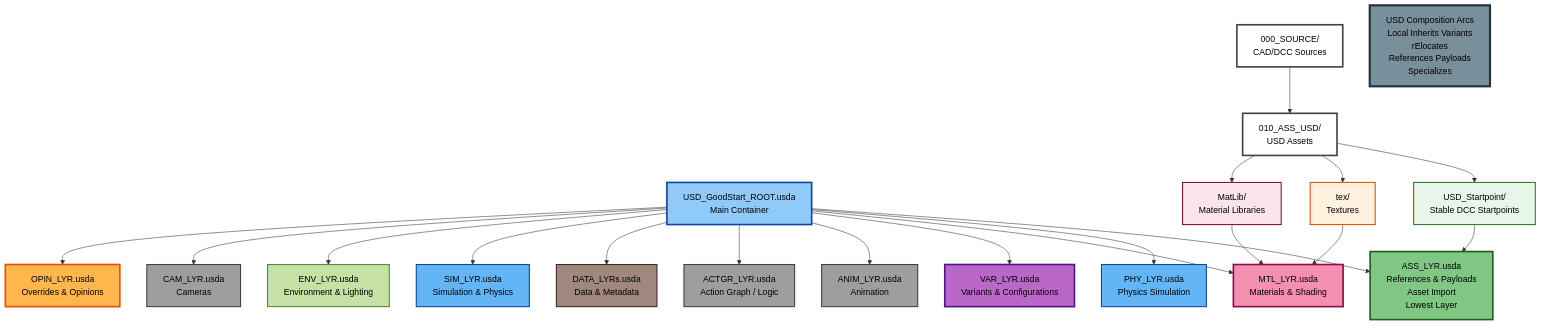
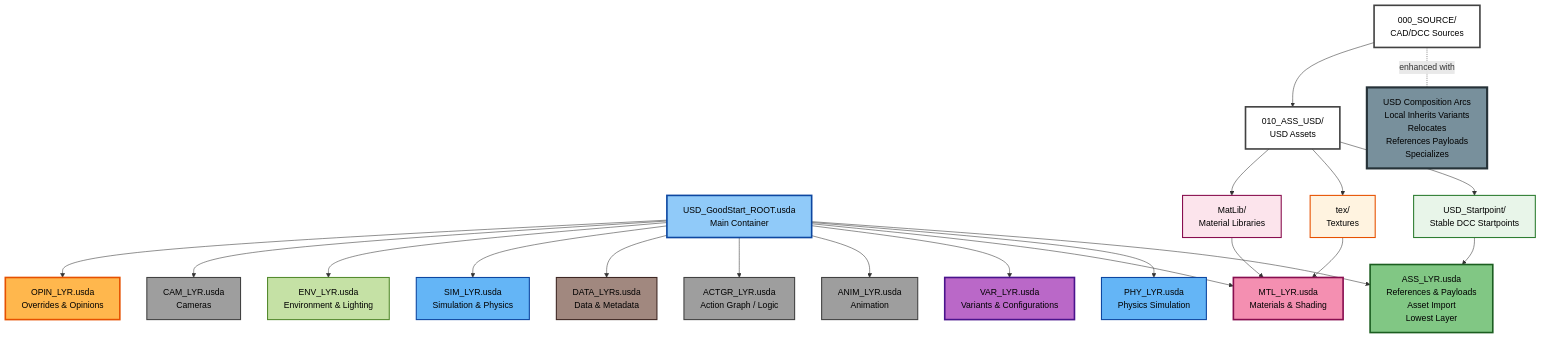
Before and after one commit to jph2/USD_GoodStart: the diagram in README.md, drawn with Mermaid.

Commit message:
fix(README): connect Composition node in Mermaid diagram for GitHub rendering
- Connect orphan Composition node to Source (fixes GitHub render failure)
- Fix typo: rElocates -> Relocates

````diff
--- a/README.md
+++ b/README.md
@@ -56,44 +56,44 @@
 ```mermaid
 graph TD
     Root[USD_GoodStart_ROOT.usda<br/>Main Container] --> Opinion[OPIN_LYR.usda<br/>Overrides & Opinions]
     Root --> Camera[CAM_LYR.usda<br/>Cameras]
     Root --> Env[ENV_LYR.usda<br/>Environment & Lighting]
     Root --> Sim[SIM_LYR.usda<br/>Simulation & Physics]
     Root --> Data[DATA_LYRs.usda<br/>Data & Metadata]
     Root --> Actgr[ACTGR_LYR.usda<br/>Action Graph / Logic]
     Root --> Anim[ANIM_LYR.usda<br/>Animation]
     Root --> Variant[VAR_LYR.usda<br/>Variants & Configurations]
     Root --> Material[MTL_LYR.usda<br/>Materials & Shading]
     Root --> Physics[PHY_LYR.usda<br/>Physics Simulation]
     Root --> Asset[ASS_LYR.usda<br/>References & Payloads<br/>Asset Import<br/>Lowest Layer]
     
     Source[000_SOURCE/<br/>CAD/DCC Sources] --> Assets[010_ASS_USD/<br/>USD Assets]
     Assets --> MatLib[MatLib/<br/>Material Libraries]
     Assets --> Tex[tex/<br/>Textures]
     Assets --> Startpoint[USD_Startpoint/<br/>Stable DCC Startpoints]
     
     Startpoint --> Asset
     MatLib --> Material
     Tex --> Material
     
-    Composition[USD Composition Arcs<br/>Local Inherits Variants<br/>rElocates<br/>References Payloads<br/>Specializes]
+    Source -.-|enhanced with| Composition[USD Composition Arcs<br/>Local Inherits Variants<br/>Relocates<br/>References Payloads<br/>Specializes]
     
     style Root fill:#90caf9,stroke:#0d47a1,stroke-width:3px,color:#000
     style Asset fill:#81c784,stroke:#1b5e20,stroke-width:3px,color:#000
     style Opinion fill:#ffb74d,stroke:#e65100,stroke-width:3px,color:#000
     style Variant fill:#ba68c8,stroke:#4a148c,stroke-width:3px,color:#000
     style Material fill:#f48fb1,stroke:#880e4f,stroke-width:3px,color:#000
     style Sim fill:#64b5f6,stroke:#0d47a1,stroke-width:2px,color:#000
     style Data fill:#a1887f,stroke:#3e2723,stroke-width:2px,color:#000
     style Env fill:#c5e1a5,stroke:#558b2f,stroke-width:2px,color:#000
     style Actgr fill:#9e9e9e,stroke:#424242,stroke-width:2px,color:#000
     style Anim fill:#9e9e9e,stroke:#424242,stroke-width:2px,color:#000
     style Camera fill:#9e9e9e,stroke:#424242,stroke-width:2px,color:#000
     style Physics fill:#64b5f6,stroke:#0d47a1,stroke-width:2px,color:#000
     style Composition fill:#78909c,stroke:#263238,stroke-width:4px,color:#000
     style Source fill:#ffffff,stroke:#424242,stroke-width:3px,color:#000
     style Assets fill:#ffffff,stroke:#424242,stroke-width:3px,color:#000
     style Startpoint fill:#e8f5e9,stroke:#2e7d32,stroke-width:2px,color:#000
     style MatLib fill:#fce4ec,stroke:#880e4f,stroke-width:2px,color:#000
     style Tex fill:#fff3e0,stroke:#e65100,stroke-width:2px,color:#000
 ```
````
